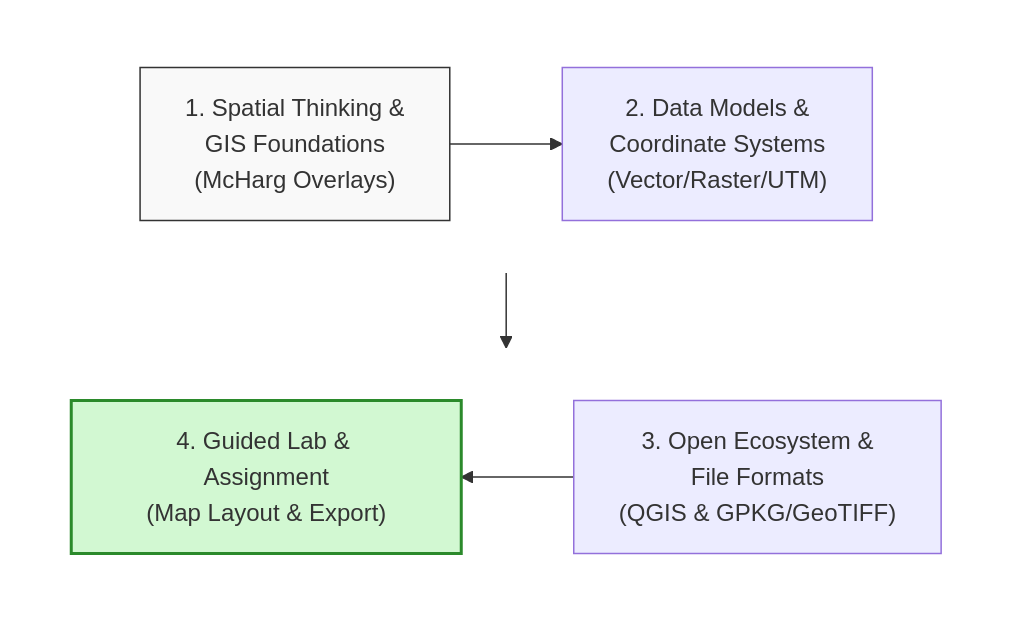
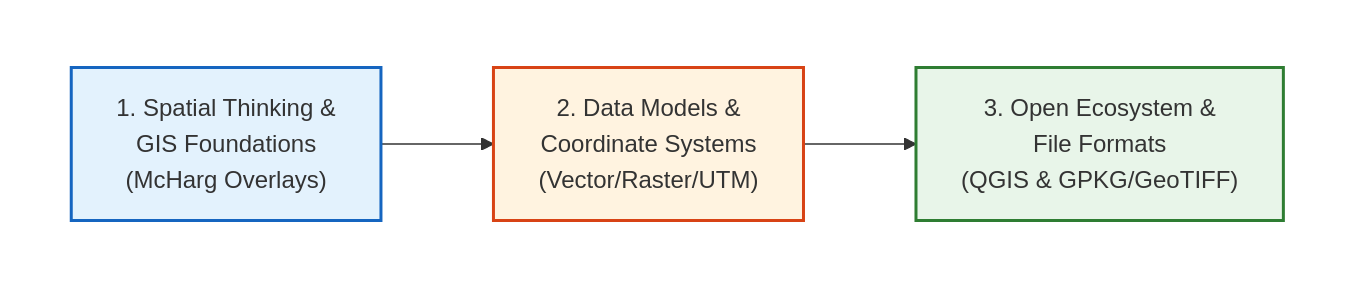
One commit to Rotten-Grapes-Pvt-Ltd/QGIS-WECS changed the diagram in docs/day1/index.md. Above: the diagram before and after it, drawn with Mermaid. The commit also changed other lines of this file and 32 other files, not shown here.

````diff
--- a/docs/day1/index.md
+++ b/docs/day1/index.md
@@ -29,17 +29,12 @@
 ```mermaid
 flowchart TD
     subgraph Row1 [" "]
         direction LR
-        A["1. Spatial Thinking &<br/>GIS Foundations<br/>(McHarg Overlays)"] --> B["2. Data Models &<br/>Coordinate Systems<br/>(Vector/Raster/UTM)"]
+        A["1. Spatial Thinking &<br/>GIS Foundations<br/>(McHarg Overlays)"] --> B["2. Data Models &<br/>Coordinate Systems<br/>(Vector/Raster/UTM)"] --> C["3. Open Ecosystem &<br/>File Formats<br/>(QGIS & GPKG/GeoTIFF)"]
     end
-    subgraph Row2 [" "]
-        direction RL
-        C["3. Open Ecosystem &<br/>File Formats<br/>(QGIS & GPKG/GeoTIFF)"] --> D["4. Guided Lab & Assignment<br/>(Map Layout & Export)"]
-    end
-    B --> C
     
-    style A fill:#f9f9f9,stroke:#333
-    style D fill:#d2f8d2,stroke:#2b8a2b,stroke-width:2px
+    style A fill:#e3f2fd,stroke:#1565c0,stroke-width:2px
+    style B fill:#fff3e0,stroke:#d84315,stroke-width:2px
+    style C fill:#e8f5e9,stroke:#2e7d32,stroke-width:2px
     style Row1 fill:none,stroke:none,stroke-width:0px
-    style Row2 fill:none,stroke:none,stroke-width:0px
 ```
````
